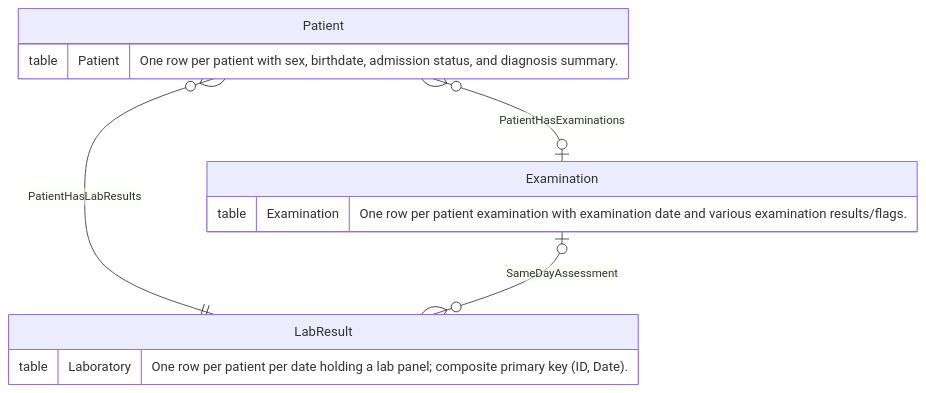
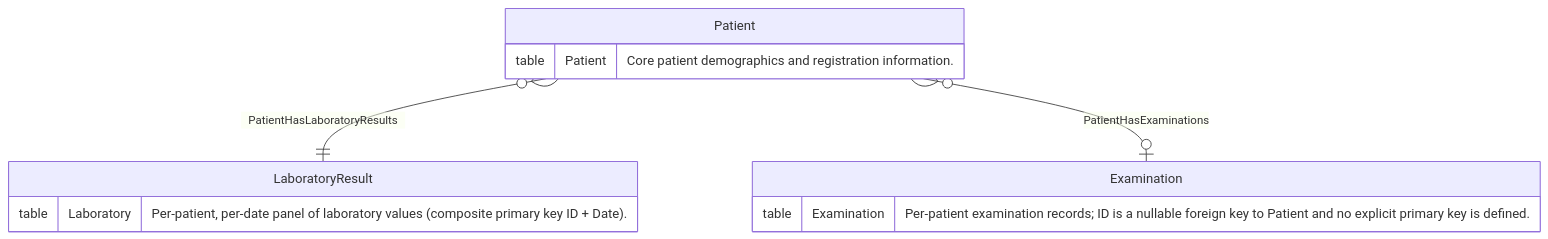
The diagram in readable/preprocessors/er_diagram_synthesizer/bird-sql+thrombosis_prediction.md (megagonlabs/tabulaflow), drawn with Mermaid before and after one commit. The commit also changed 103 other files, not shown here.

````diff
--- a/readable/preprocessors/er_diagram_synthesizer/bird-sql+thrombosis_prediction.md
+++ b/readable/preprocessors/er_diagram_synthesizer/bird-sql+thrombosis_prediction.md
@@ -1,21 +1,18 @@
 ```mermaid
 erDiagram
     Patient {
-        table Patient "One row per patient with sex, birthdate, admission status, and diagnosis summary."
+        table Patient "Core patient demographics and registration information."
+    }
+    LaboratoryResult {
+        table Laboratory "Per-patient, per-date panel of laboratory values (composite primary key ID + Date)."
     }
     Examination {
-        table Examination "One row per patient examination with examination date and various examination results/flags."
-    }
-    LabResult {
-        table Laboratory "One row per patient per date holding a lab panel; composite primary key (ID, Date)."
+        table Examination "Per-patient examination records; ID is a nullable foreign key to Patient and no explicit primary key is defined."
     }
 
-    %% FROM Examination JOIN Patient ON Examination.ID = Patient.ID
+    %% FROM Patient p JOIN Laboratory l ON l.ID = p.ID
+    Patient }o--|| LaboratoryResult : "PatientHasLaboratoryResults"
+
+    %% FROM Patient p LEFT JOIN Examination e ON e.ID = p.ID
     Patient }o--o| Examination : "PatientHasExaminations"
-
-    %% FROM Laboratory JOIN Patient ON Laboratory.ID = Patient.ID
-    Patient }o--|| LabResult : "PatientHasLabResults"
-
-    %% FROM Examination JOIN Laboratory ON Examination.ID = Laboratory.ID AND DATE(Examination."Examination Date") = Laboratory.Date
-    Examination |o--o{ LabResult : "SameDayAssessment"
 ```
````
